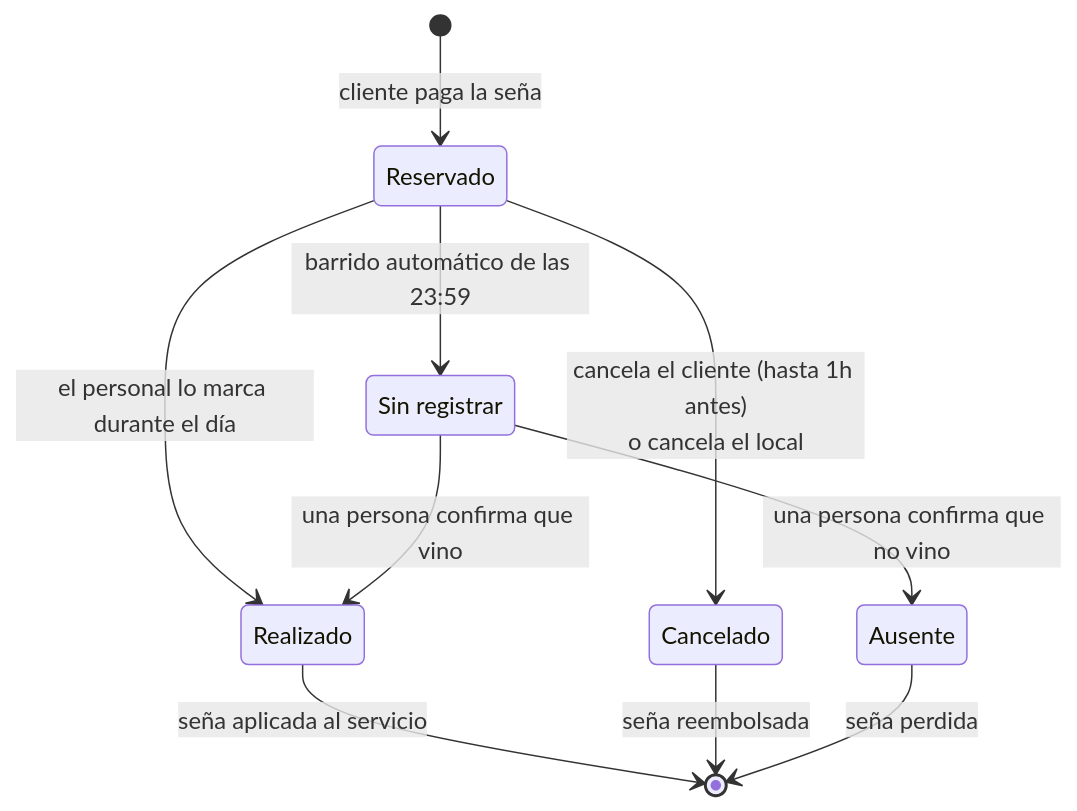
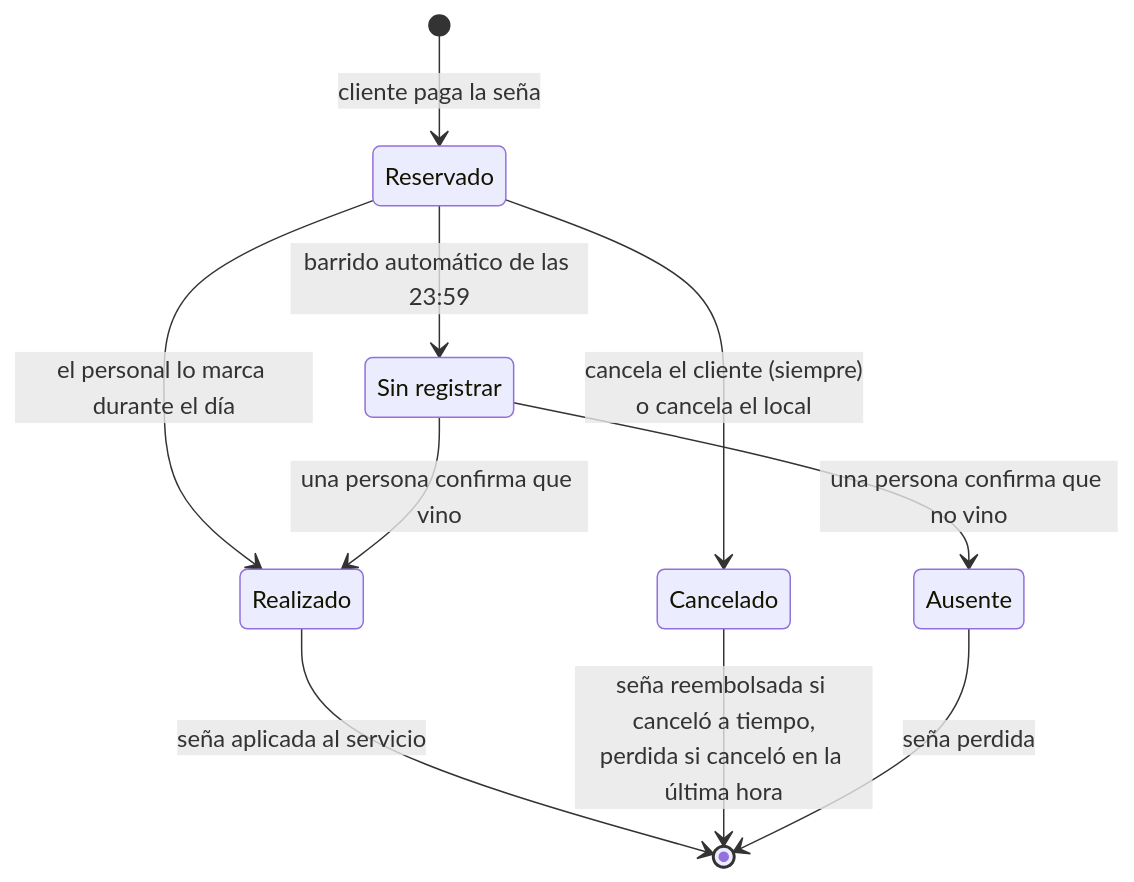
The first of 2 diagrams in README.md (tiagorojas7/Software-JcPeluqueria), drawn with Mermaid before and after one commit. The commit also changed other lines of this file, not shown here.

````diff
--- a/README.md
+++ b/README.md
@@ -112,13 +115,13 @@
 ```mermaid
 stateDiagram-v2
     state "Sin registrar" as SinRegistrar
     [*] --> Reservado: cliente paga la seña
     Reservado --> Realizado: el personal lo marca durante el día
-    Reservado --> Cancelado: cancela el cliente (hasta 1h antes)<br/>o cancela el local
+    Reservado --> Cancelado: cancela el cliente (siempre)<br/>o cancela el local
     Reservado --> SinRegistrar: barrido automático de las 23:59
     SinRegistrar --> Realizado: una persona confirma que vino
     SinRegistrar --> Ausente: una persona confirma que no vino
     Realizado --> [*]: seña aplicada al servicio
-    Cancelado --> [*]: seña reembolsada
+    Cancelado --> [*]: seña reembolsada si canceló a tiempo,<br/>perdida si canceló en la última hora
     Ausente --> [*]: seña perdida
 ```
````
